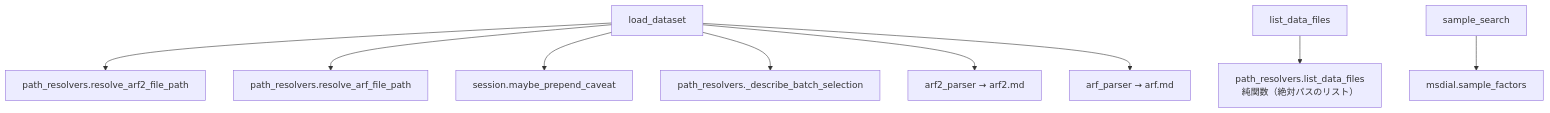
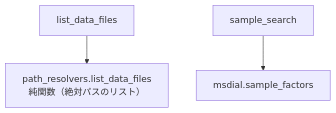
The diagram in docs/workflow/dataset.md (systemsomicslab/Metabolomix_with_LLM), drawn with Mermaid before and after one commit. The commit also changed other lines of this file and 66 other files, not shown here.

First line of the commit message:
feat(tools): 入口を load_dataset にまとめ、dataset_list / dataset_close へ改名する

````diff
--- a/docs/workflow/dataset.md
+++ b/docs/workflow/dataset.md
@@ -7,11 +6,5 @@
 ```mermaid
 flowchart TD
-    LD[load_dataset] --> RES1[path_resolvers.resolve_arf2_file_path]
-    LD --> RES2[path_resolvers.resolve_arf_file_path]
-    LD --> CAV[session.maybe_prepend_caveat]
-    LD --> BATCH[path_resolvers._describe_batch_selection]
-    LD --> A2[arf2_parser → arf2.md]
-    LD --> A1[arf_parser → arf.md]
     LDF[list_data_files] --> PR[path_resolvers.list_data_files<br/>純関数（絶対パスのリスト）]
     SS[sample_search] --> SF[msdial.sample_factors]
 ```
````
